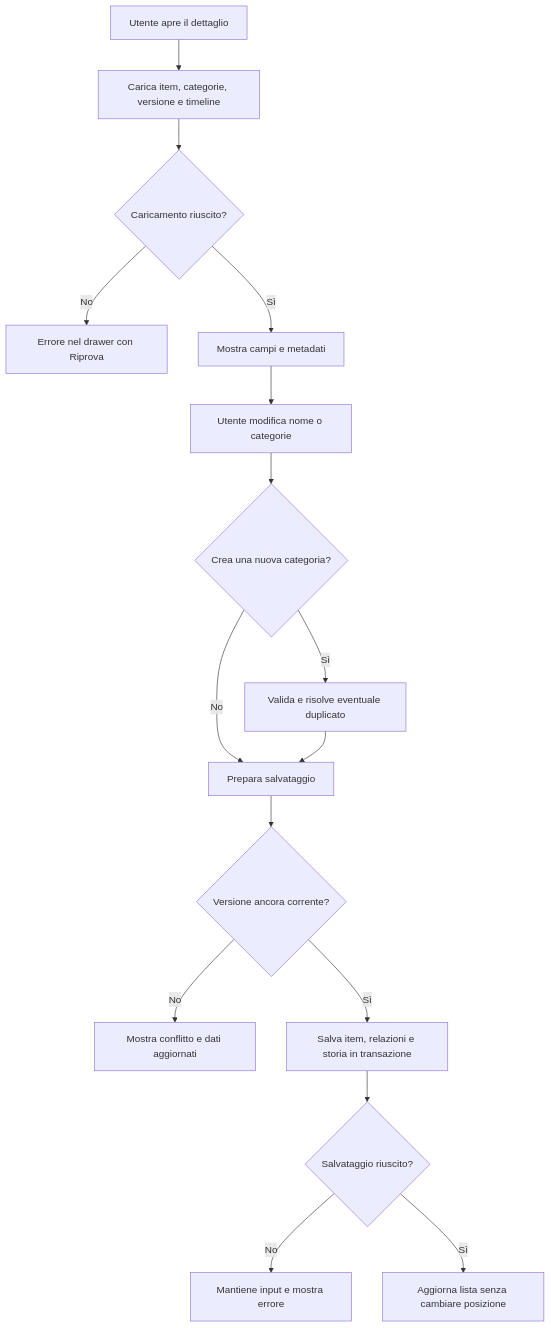
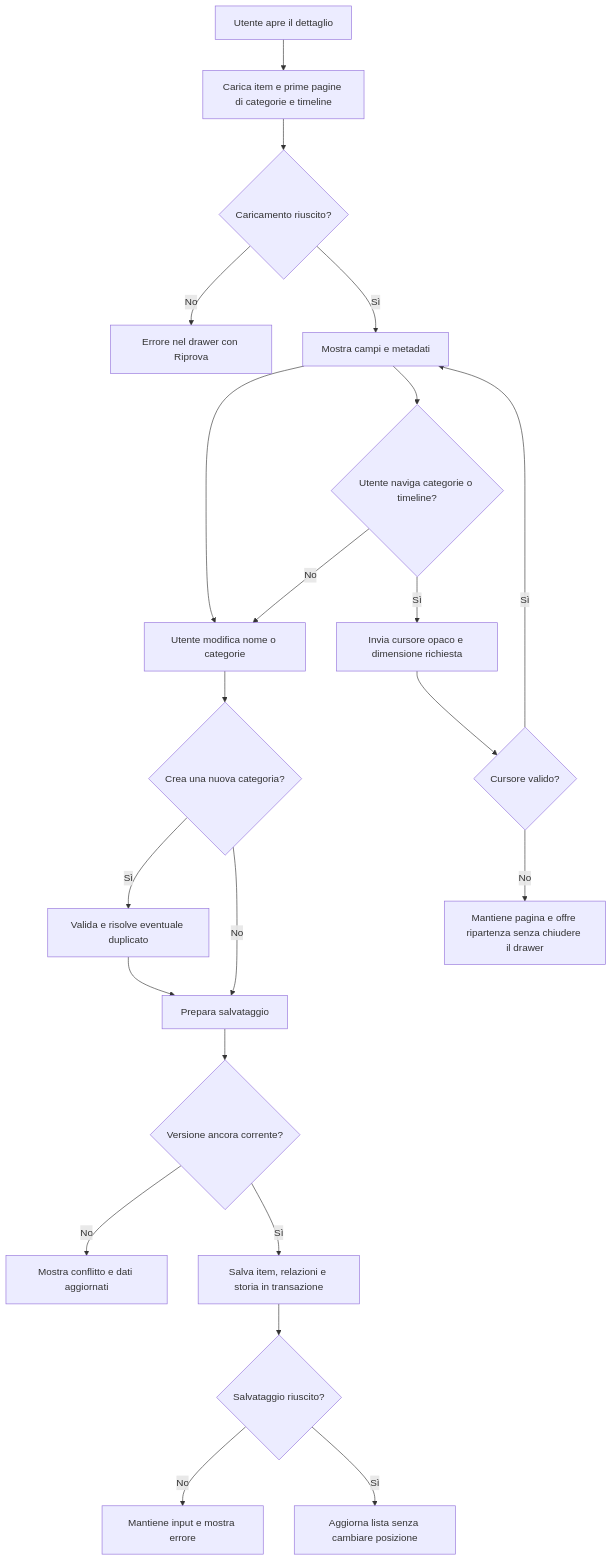
Before and after one commit to martinabruni/DA.KinHub: the diagram in docs/kinlist/research/tasks/item-edit-history/research.md, drawn with Mermaid. The commit also changed other lines of this file and 17 other files, not shown here.

````diff
--- a/docs/kinlist/research/tasks/item-edit-history/research.md
+++ b/docs/kinlist/research/tasks/item-edit-history/research.md
@@ -81,18 +87,24 @@
 ```mermaid
 flowchart TD
-    A["Utente apre il dettaglio"] --> B["Carica item, categorie, versione e timeline"]
+    A["Utente apre il dettaglio"] --> B["Carica item e prime pagine di categorie e timeline"]
     B --> C{"Caricamento riuscito?"}
     C -- No --> D["Errore nel drawer con Riprova"]
     C -- Sì --> E["Mostra campi e metadati"]
     E --> F["Utente modifica nome o categorie"]
     F --> G{"Crea una nuova categoria?"}
     G -- Sì --> H["Valida e risolve eventuale duplicato"]
     G -- No --> I["Prepara salvataggio"]
     H --> I
     I --> J{"Versione ancora corrente?"}
     J -- No --> K["Mostra conflitto e dati aggiornati"]
     J -- Sì --> L["Salva item, relazioni e storia in transazione"]
     L --> M{"Salvataggio riuscito?"}
     M -- No --> N["Mantiene input e mostra errore"]
     M -- Sì --> O["Aggiorna lista senza cambiare posizione"]
+    E --> P{"Utente naviga categorie o timeline?"}
+    P -- No --> F
+    P -- Sì --> Q["Invia cursore opaco e dimensione richiesta"]
+    Q --> R{"Cursore valido?"}
+    R -- No --> S["Mantiene pagina e offre ripartenza senza chiudere il drawer"]
+    R -- Sì --> E
 ```
````
